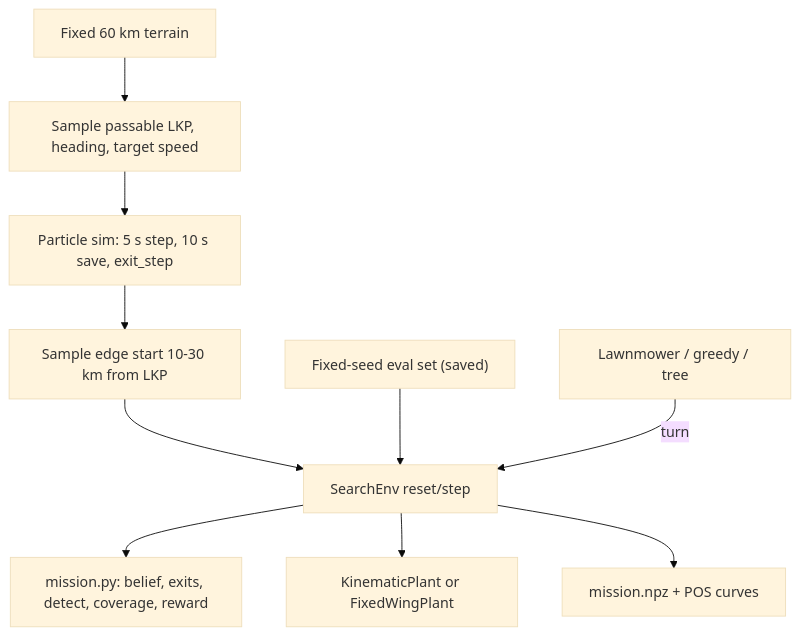
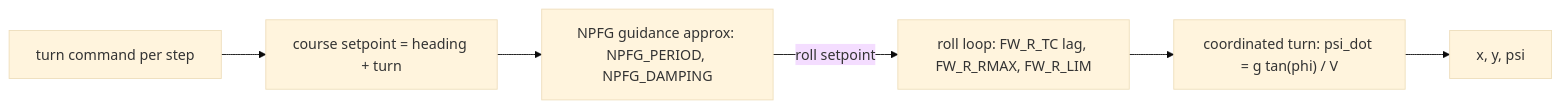
One commit to 21seok95/fixed_wing_search changed the second of 3 diagrams in rl_search/PLAN.md. Above: the diagram before and after it, drawn with Mermaid (base theme). The commit also changed other lines of this file, not shown here.

Commit message:
Update plan: PX4 rc_cessna-matched plant, energy budget, transit handover, waypoint export, wind last

````diff
--- a/rl_search/PLAN.md
+++ b/rl_search/PLAN.md
@@ -52,12 +133,8 @@
 ```mermaid
-flowchart TD
-  Terrain["Fixed 60 km terrain"] --> Target
-  Target["Sample passable LKP, heading, target speed"] --> Sim["Particle sim: 5 s step, 10 s save, exit_step"]
-  Sim --> Start["Sample edge start 10-30 km from LKP"]
-  Start --> Env["SearchEnv reset/step"]
-  EvalSet["Fixed-seed eval set (saved)"] --> Env
-  Env --> Mission["mission.py: belief, exits, detect, coverage, reward"]
-  Env --> Plant["KinematicPlant or FixedWingPlant"]
-  Lawn["Lawnmower / greedy / tree"] -->|turn| Env
-  Env --> Log["mission.npz + POS curves"]
+flowchart LR
+  Turn["turn command per step"] --> Course["course setpoint = heading + turn"]
+  Course --> Npfg["NPFG guidance approx: NPFG_PERIOD, NPFG_DAMPING"]
+  Npfg -->|roll setpoint| Roll["roll loop: FW_R_TC lag, FW_R_RMAX, FW_R_LIM"]
+  Roll --> Turning["coordinated turn: psi_dot = g tan(phi) / V"]
+  Turning --> Pose["x, y, psi"]
 ```
````
